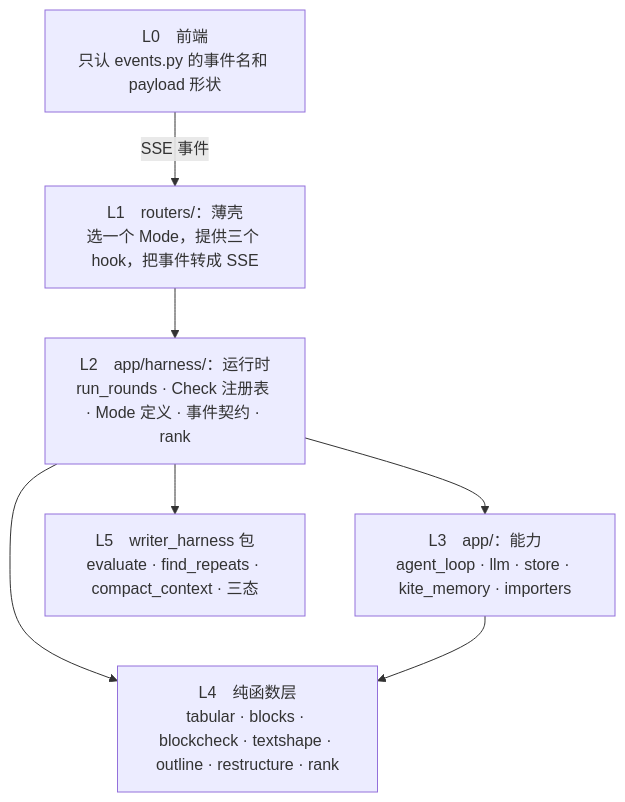
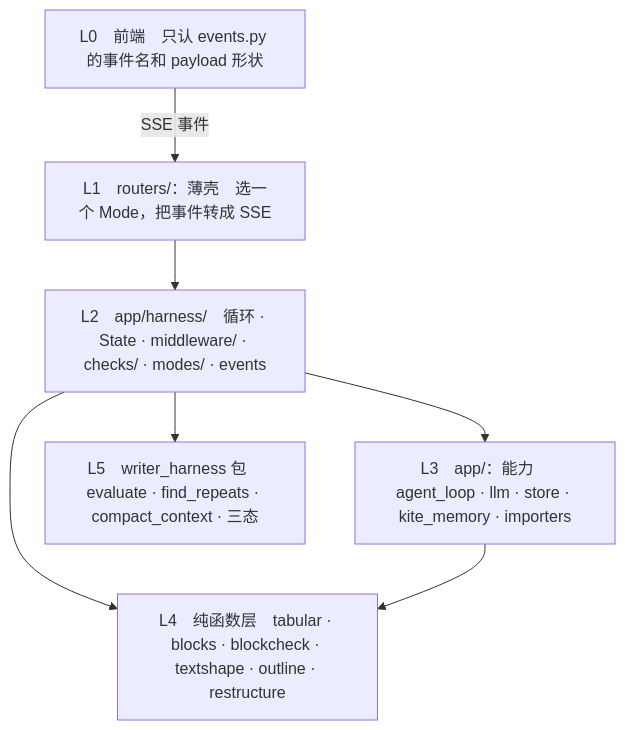
The diagram in docs/refactor-harness-runtime.md (huilongbaba/MEMOKET_NOTE), drawn with Mermaid before and after one commit. The commit also changed other lines of this file and 8 other files, not shown here.

````diff
--- a/docs/refactor-harness-runtime.md
+++ b/docs/refactor-harness-runtime.md
@@ -121,16 +391,16 @@
 ```mermaid
 flowchart TD
-    L0["L0　前端<br/>只认 events.py 的事件名和 payload 形状"]
-    L1["L1　routers/：薄壳<br/>选一个 Mode，提供三个 hook，把事件转成 SSE"]
-    L2["L2　app/harness/：运行时<br/>run_rounds · Check 注册表 · Mode 定义 · 事件契约 · rank"]
-    L3["L3　app/：能力<br/>agent_loop · llm · store · kite_memory · importers"]
-    L4["L4　纯函数层<br/>tabular · blocks · blockcheck · textshape · outline · restructure · rank"]
-    L5["L5　writer_harness 包<br/>evaluate · find_repeats · compact_context · 三态"]
+    L0["L0　前端　只认 events.py 的事件名和 payload 形状"]
+    L1["L1　routers/：薄壳　选一个 Mode，把事件转成 SSE"]
+    L2["L2　app/harness/　循环 · State · middleware/ · checks/ · modes/ · events"]
+    L3["L3　app/：能力　agent_loop · llm · store · kite_memory · importers"]
+    L4["L4　纯函数层　tabular · blocks · blockcheck · textshape · outline · restructure"]
+    L5["L5　writer_harness 包　evaluate · find_repeats · compact_context · 三态"]
 
     L0 -->|"SSE 事件"| L1
     L1 --> L2
     L2 --> L3
     L2 --> L4
     L2 --> L5
     L3 --> L4
 ```
````
